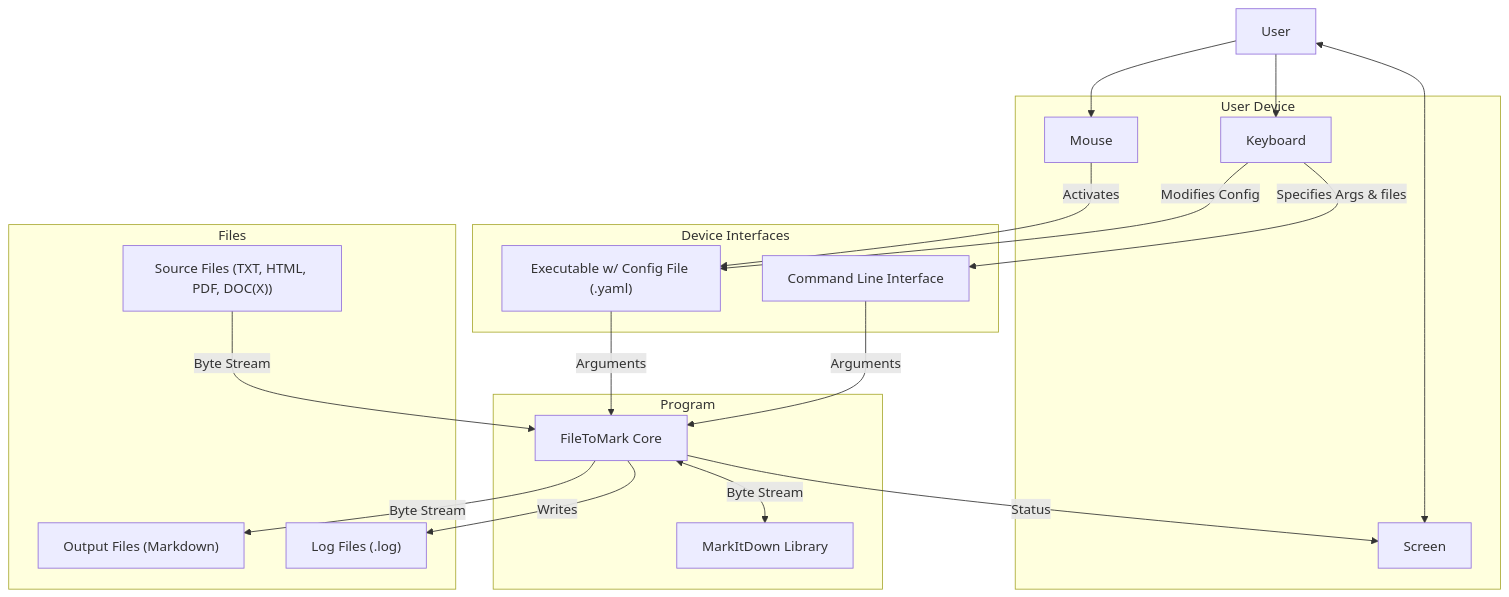
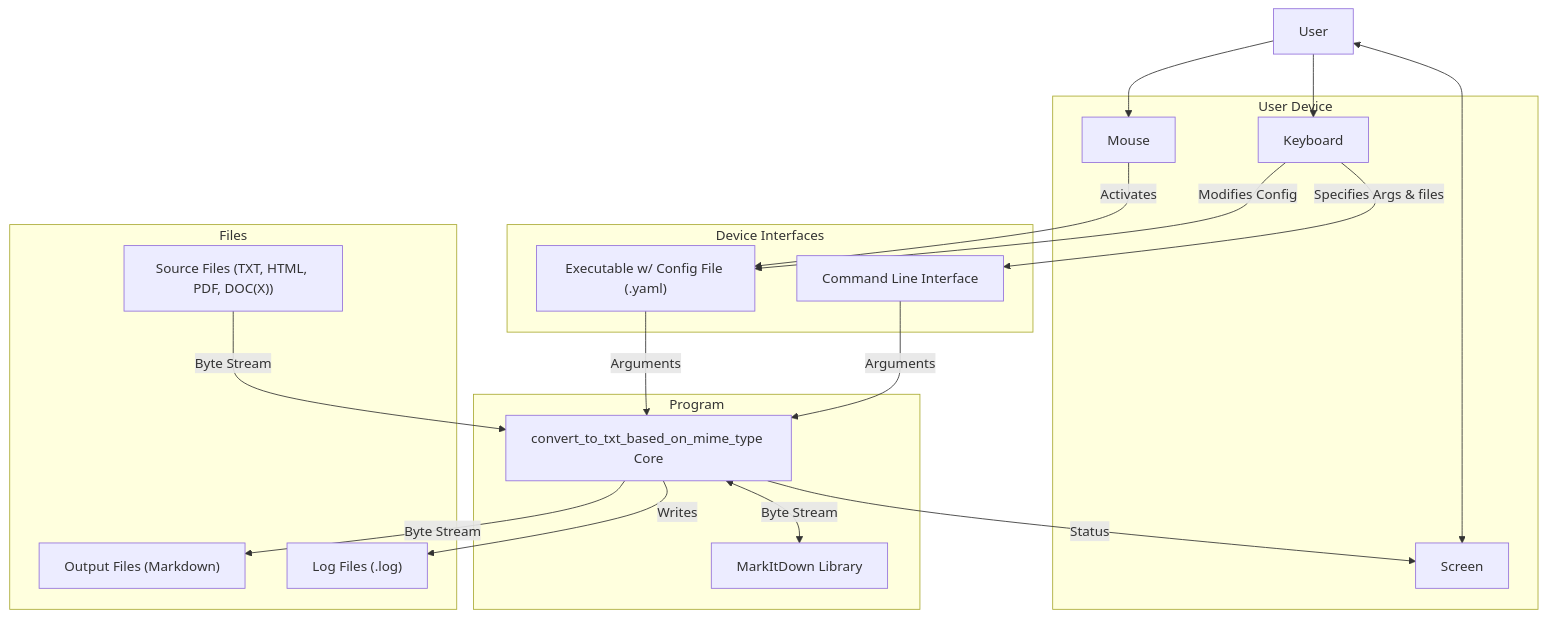
Before and after one commit to the-ride-never-ends/convert_to_txt_based_on_mime_type: the third of 5 diagrams in docs/SAD.md, drawn with Mermaid. The commit also changed other lines of this file and 23 other files, not shown here.

````diff
--- a/docs/SAD.md
+++ b/docs/SAD.md
@@ -95,40 +100,40 @@
 ```mermaid
 flowchart TB
     user["User"]
 
     subgraph "User Device"
         KB[Keyboard]
         SC[Screen]
         MS[Mouse]
     end
 
     subgraph "Device Interfaces"
         CL["Command Line Interface"]
         EXE["Executable w/ Config File (.yaml)"]
     end
 
     subgraph Program
-       FC["FileToMark Core"]
+       FC["convert_to_txt_based_on_mime_type Core"]
        ML["MarkItDown Library"]
     end
 
     subgraph Files
         SF["Source Files (TXT, HTML, PDF, DOC(X))"]
         OF["Output Files (Markdown)"]
         LOG["Log Files (.log)"]
     end
 
     user --> KB
     user --> MS
     user <--> SC
     KB --> |Specifies Args & files| CL
     KB --> |Modifies Config|EXE
     MS --> |Activates| EXE
     CL --> |Arguments| FC
     FC --> |Status| SC
     EXE --> |Arguments| FC
     SF --> |Byte Stream| FC
     FC --> |Byte Stream| OF
     FC --> |Writes|LOG
     FC <--> |Byte Stream| ML
 ```
````
